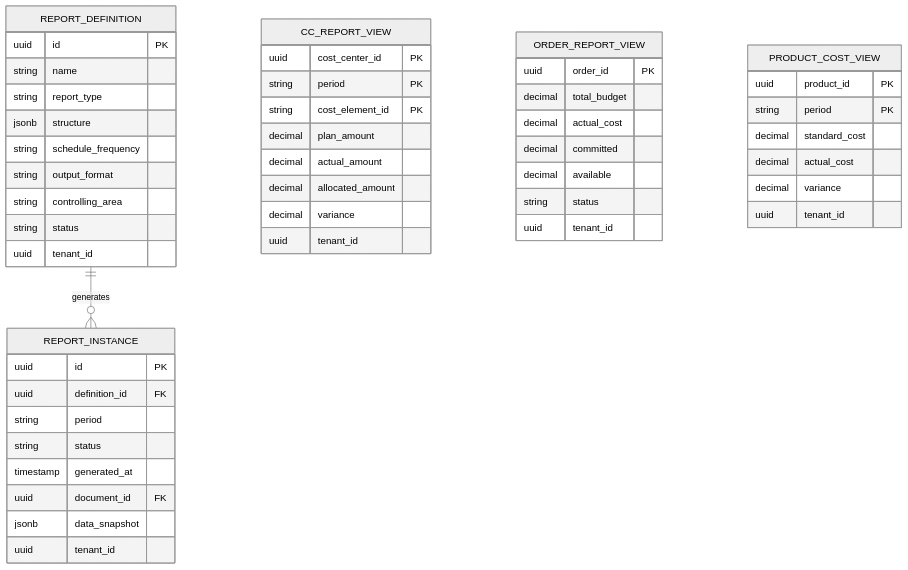
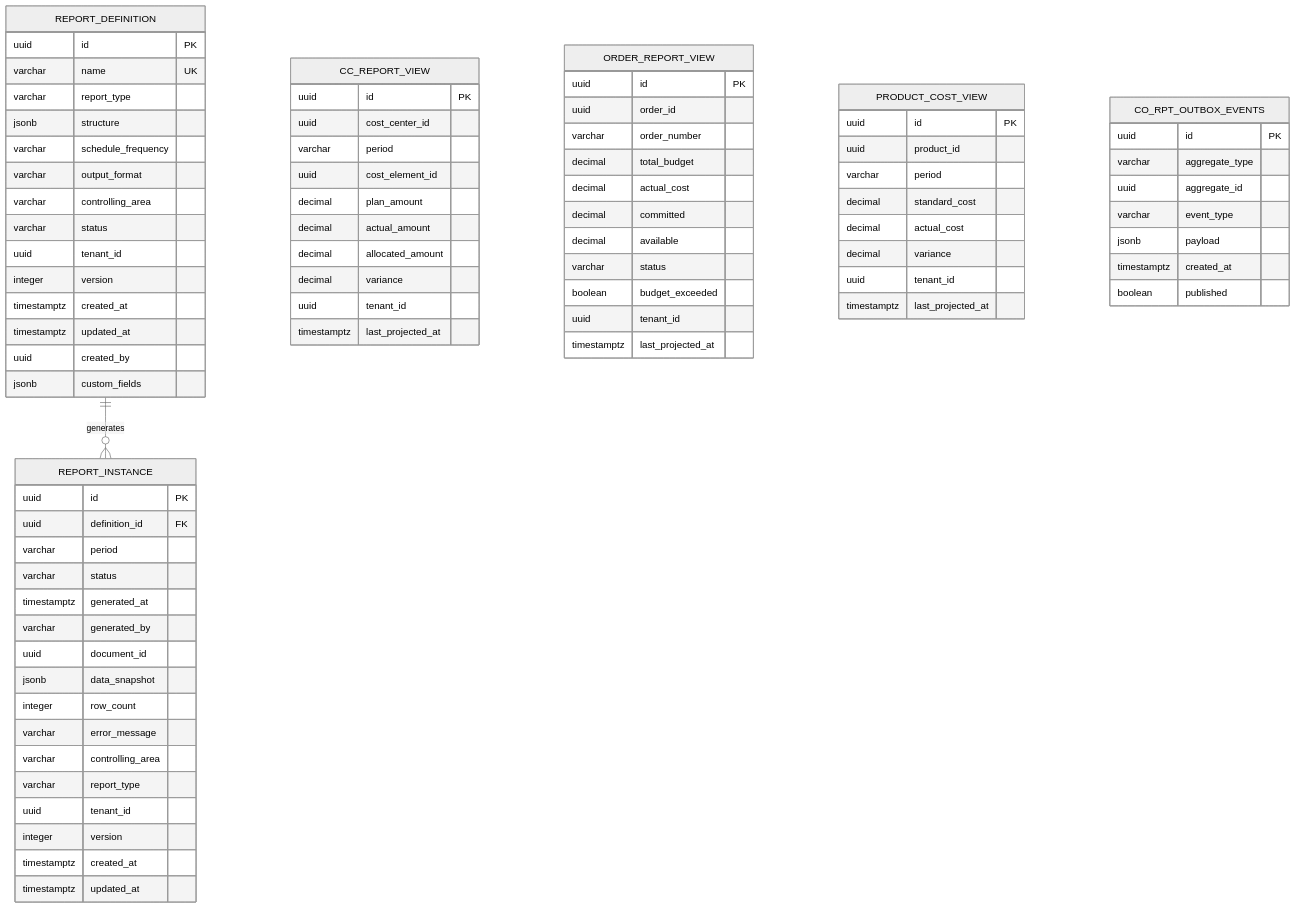
Before and after one commit to openleap-io/io.openleap.dev.spec: the seventh of 7 diagrams in T3_Domains/CO/domain-specs/co_rpt-spec.md, drawn with Mermaid (neutral theme). The commit also changed other lines of this file and 54 other files, not shown here.

````diff
--- a/T3_Domains/CO/domain-specs/co_rpt-spec.md
+++ b/T3_Domains/CO/domain-specs/co_rpt-spec.md
@@ -516,54 +2076,85 @@
 
     REPORT_DEFINITION {
         uuid id PK
-        string name
-        string report_type
+        varchar name UK
+        varchar report_type
         jsonb structure
-        string schedule_frequency
-        string output_format
-        string controlling_area
-        string status
+        varchar schedule_frequency
+        varchar output_format
+        varchar controlling_area
+        varchar status
         uuid tenant_id
+        integer version
+        timestamptz created_at
+        timestamptz updated_at
+        uuid created_by
+        jsonb custom_fields
     }
 
     REPORT_INSTANCE {
         uuid id PK
         uuid definition_id FK
-        string period
-        string status
-        timestamp generated_at
-        uuid document_id FK
+        varchar period
+        varchar status
+        timestamptz generated_at
+        varchar generated_by
+        uuid document_id
         jsonb data_snapshot
+        integer row_count
+        varchar error_message
+        varchar controlling_area
+        varchar report_type
         uuid tenant_id
+        integer version
+        timestamptz created_at
+        timestamptz updated_at
     }
 
     CC_REPORT_VIEW {
-        uuid cost_center_id PK
-        string period PK
-        string cost_element_id PK
+        uuid id PK
+        uuid cost_center_id
+        varchar period
+        uuid cost_element_id
         decimal plan_amount
         decimal actual_amount
         decimal allocated_amount
         decimal variance
         uuid tenant_id
+        timestamptz last_projected_at
     }
 
     ORDER_REPORT_VIEW {
-        uuid order_id PK
+        uuid id PK
+        uuid order_id
+        varchar order_number
         decimal total_budget
         decimal actual_cost
         decimal committed
         decimal available
-        string status
+        varchar status
+        boolean budget_exceeded
         uuid tenant_id
+        timestamptz last_projected_at
     }
 
     PRODUCT_COST_VIEW {
-        uuid product_id PK
-        string period PK
+        uuid id PK
+        uuid product_id
+        varchar period
         decimal standard_cost
         decimal actual_cost
         decimal variance
         uuid tenant_id
+        timestamptz last_projected_at
+    }
+
+    CO_RPT_OUTBOX_EVENTS {
+        uuid id PK
+        varchar aggregate_type
+        uuid aggregate_id
+        varchar event_type
+        jsonb payload
+        timestamptz created_at
+        boolean published
     }
 ```
````
